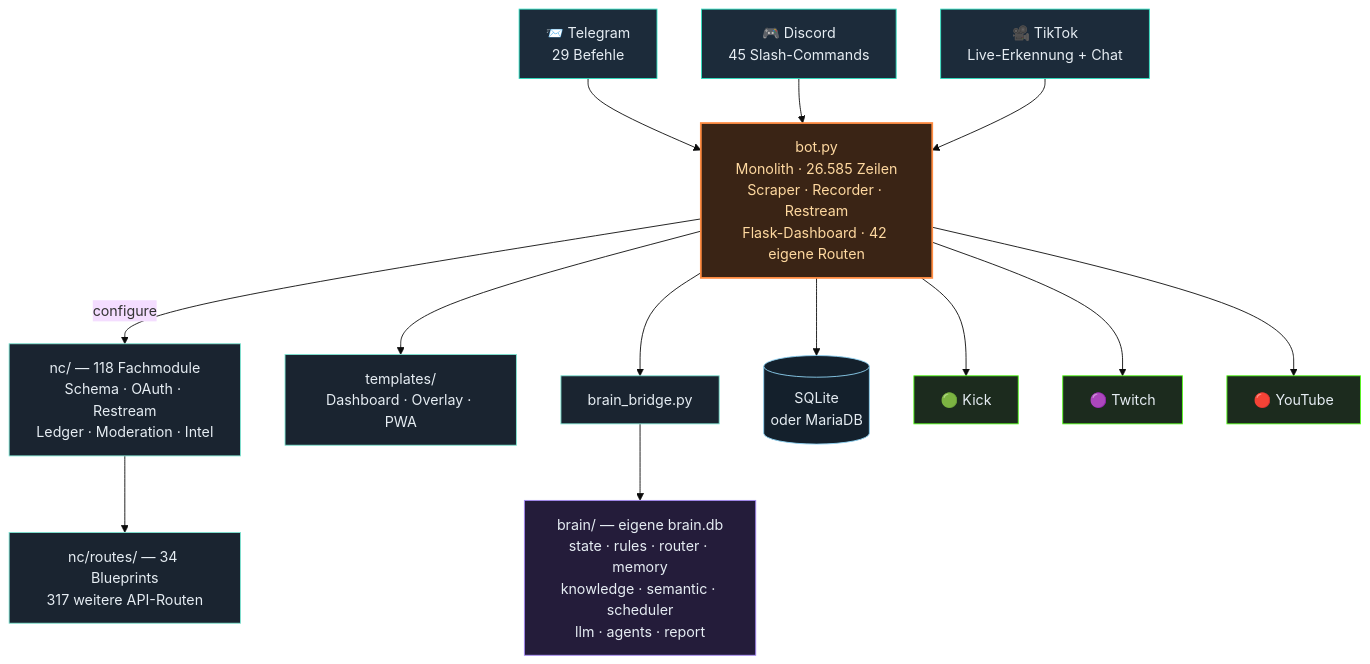
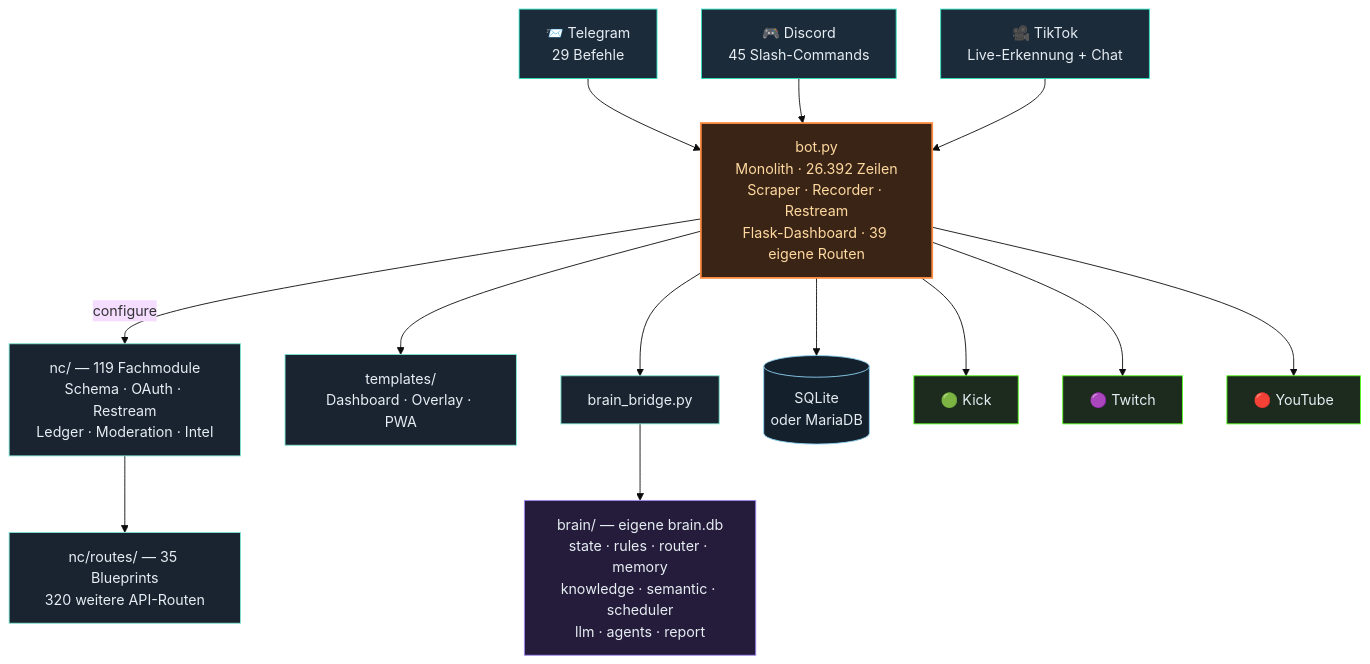
Before and after one commit to itsamemedev/Telegram-Stream-Info-Bot: the third of 4 diagrams in README.md, drawn with Mermaid (base theme). The commit also changed other lines of this file and 13 other files, not shown here.

````diff
--- a/README.md
+++ b/README.md
@@ -189,30 +189,30 @@
 ```mermaid
 flowchart TB
     TG["📨 Telegram<br/>29 Befehle"]:::ein
     DC["🎮 Discord<br/>45 Slash-Commands"]:::ein
     TT["🎥 TikTok<br/>Live-Erkennung + Chat"]:::ein
 
     TG --> BOT
     DC --> BOT
     TT --> BOT
 
-    BOT["bot.py<br/>Monolith · 26.585 Zeilen<br/>Scraper · Recorder · Restream<br/>Flask-Dashboard · 42 eigene Routen"]:::core
+    BOT["bot.py<br/>Monolith · 26.392 Zeilen<br/>Scraper · Recorder · Restream<br/>Flask-Dashboard · 39 eigene Routen"]:::core
 
-    BOT -->|configure| NC["nc/ — 118 Fachmodule<br/>Schema · OAuth · Restream<br/>Ledger · Moderation · Intel"]:::lib
-    NC --> RT["nc/routes/ — 34 Blueprints<br/>317 weitere API-Routen"]:::lib
+    BOT -->|configure| NC["nc/ — 119 Fachmodule<br/>Schema · OAuth · Restream<br/>Ledger · Moderation · Intel"]:::lib
+    NC --> RT["nc/routes/ — 35 Blueprints<br/>320 weitere API-Routen"]:::lib
     BOT --> TPL["templates/<br/>Dashboard · Overlay · PWA"]:::lib
     BOT --> BR["brain_bridge.py"]:::lib
     BR --> BRAIN["brain/ — eigene brain.db<br/>state · rules · router · memory<br/>knowledge · semantic · scheduler<br/>llm · agents · report"]:::brain
     BOT --> DB[("SQLite<br/>oder MariaDB")]:::db
 
     BOT --> KICK["🟢 Kick"]:::out
     BOT --> TW["🟣 Twitch"]:::out
     BOT --> YT["🔴 YouTube"]:::out
 
     classDef ein fill:#1c2b3a,stroke:#2de1c2,color:#e6edf3
     classDef core fill:#3a2415,stroke:#ff8c42,stroke-width:2px,color:#ffd9a0
     classDef lib fill:#1a2430,stroke:#7fe7d4,color:#e6edf3
     classDef brain fill:#241c3a,stroke:#a78bfa,color:#e6edf3
     classDef db fill:#14202c,stroke:#8fd3f4,color:#e6edf3
     classDef out fill:#1c2b1e,stroke:#53fc18,color:#e6edf3
 ```
````
